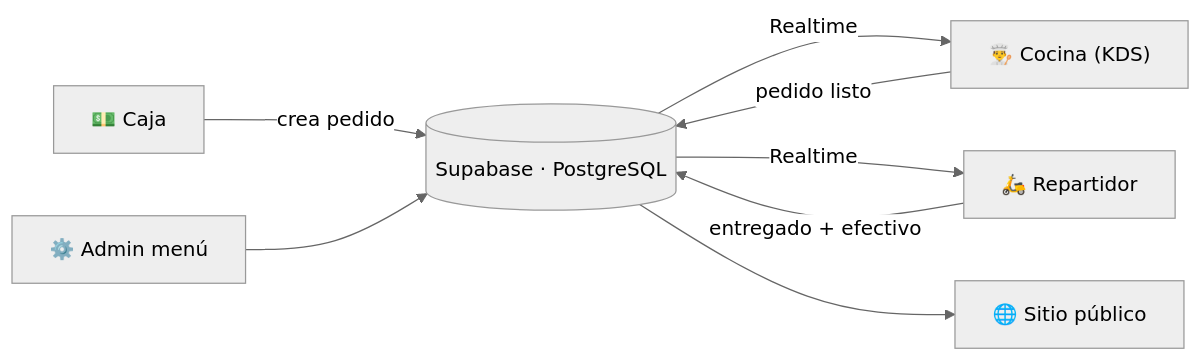
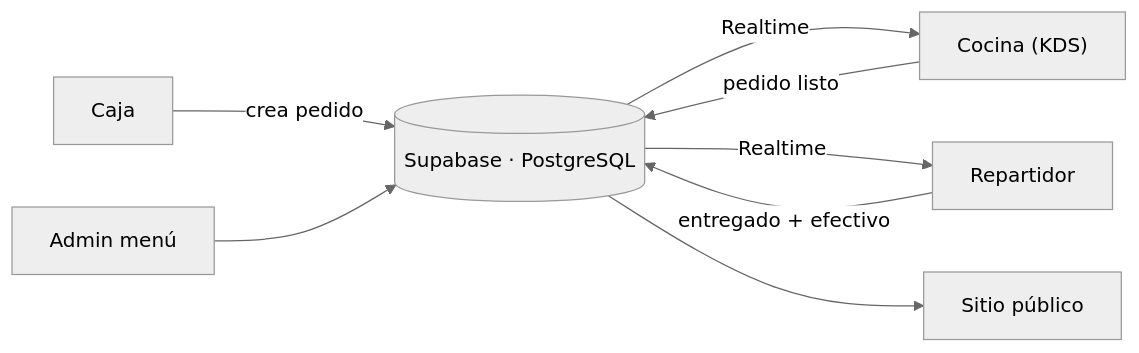
The diagram in README.md (meyern01/el-mezquite-pos), drawn with Mermaid (neutral theme) before and after one commit. The commit also changed other lines of this file, not shown here.

````diff
--- a/README.md
+++ b/README.md
@@ -51,10 +51,10 @@
 ```mermaid
 flowchart LR
-    C["💵 Caja"] -- "crea pedido" --> DB[("Supabase · PostgreSQL")]
-    DB -- "Realtime" --> K["👨‍🍳 Cocina (KDS)"]
+    C["Caja"] -- "crea pedido" --> DB[("Supabase · PostgreSQL")]
+    DB -- "Realtime" --> K["Cocina (KDS)"]
     K -- "pedido listo" --> DB
-    DB -- "Realtime" --> R["🛵 Repartidor"]
+    DB -- "Realtime" --> R["Repartidor"]
     R -- "entregado + efectivo" --> DB
-    A["⚙️ Admin menú"] --> DB
-    DB --> W["🌐 Sitio público"]
+    A["Admin menú"] --> DB
+    DB --> W["Sitio público"]
 ```
````
